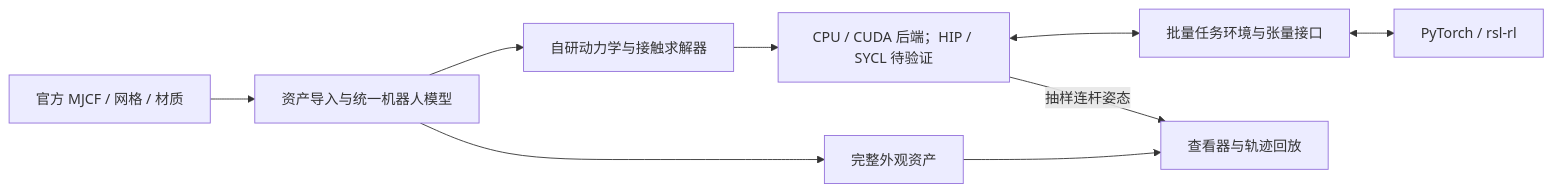
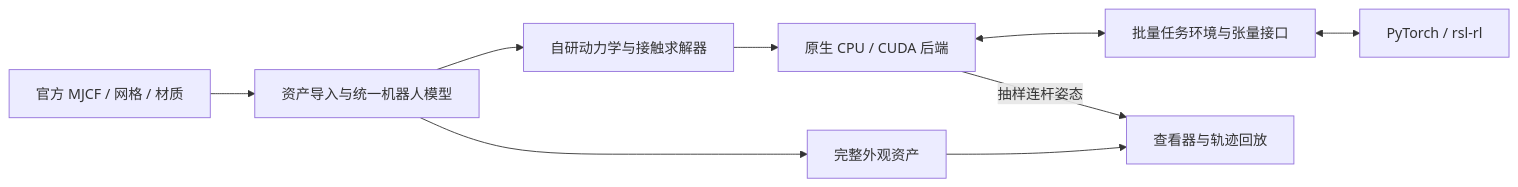
The diagram in docs/TECHNICAL_PLAN.md (KeqiYe/duck_gym), drawn with Mermaid before and after one commit. The commit also changed other lines of this file and 4 other files, not shown here.

Commit message:
docs: adopt native CUDA and CPU with articulation solver proposal

````diff
--- a/docs/TECHNICAL_PLAN.md
+++ b/docs/TECHNICAL_PLAN.md
@@ -36,11 +24,11 @@
 ```mermaid
 flowchart LR
     A[官方 MJCF / 网格 / 材质] --> B[资产导入与统一机器人模型]
     B --> C[自研动力学与接触求解器]
-    C --> D[CPU / CUDA 后端；HIP / SYCL 待验证]
+    C --> D[原生 CPU / CUDA 后端]
     D <--> E[批量任务环境与张量接口]
     E <--> F[PyTorch / rsl-rl]
     B --> G[完整外观资产]
     D -->|抽样连杆姿态| H[查看器与轨迹回放]
     G --> H
 ```
````
